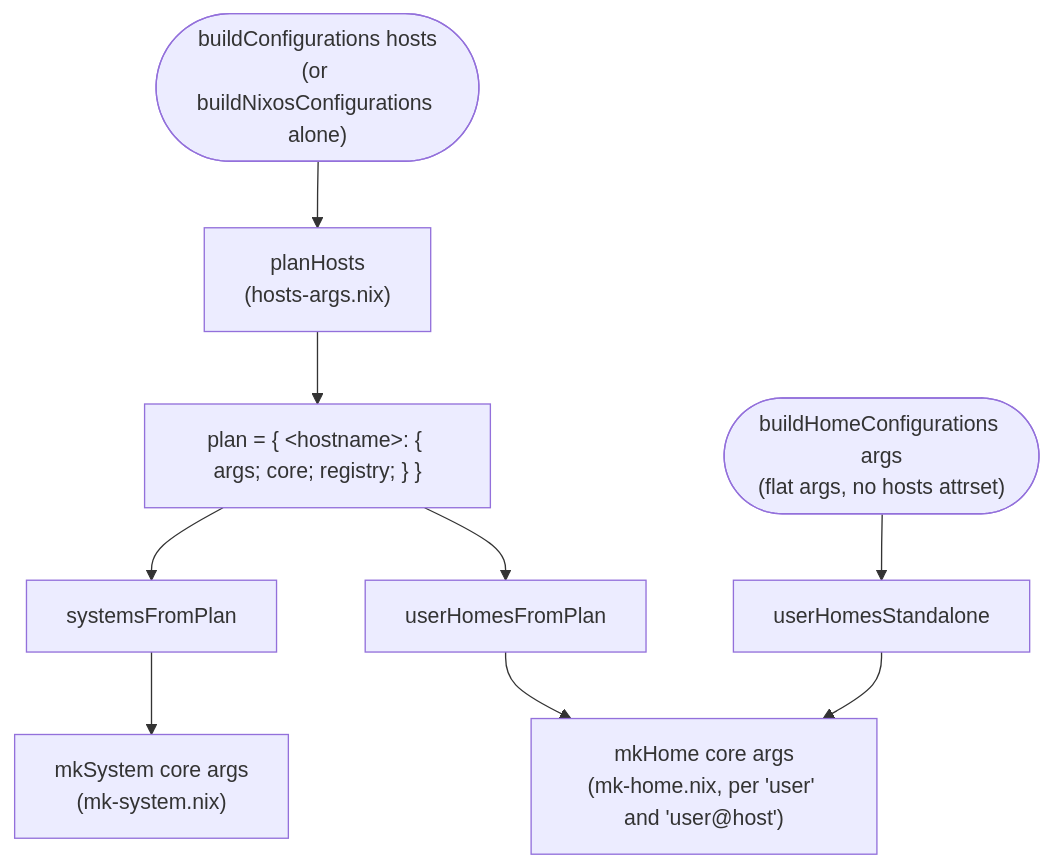
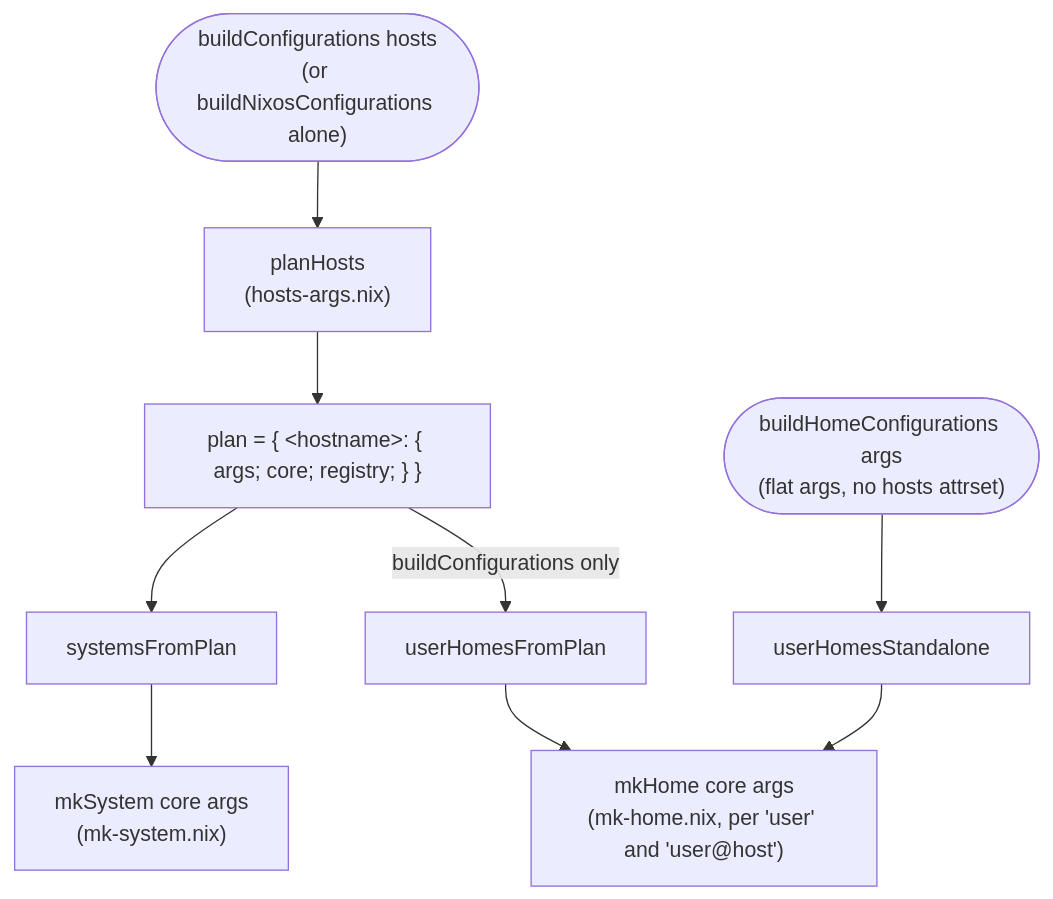
The diagram in docs/architecture.md (dvaerum/nixpkgs-lib-extensions), drawn with Mermaid before and after one commit. The commit also changed other lines of this file and 16 other files, not shown here.

````diff
--- a/docs/architecture.md
+++ b/docs/architecture.md
@@ -65,17 +67,17 @@
 ```mermaid
 flowchart TD
     Call(["buildConfigurations hosts<br/>(or buildNixosConfigurations alone)"])
     Standalone(["buildHomeConfigurations args<br/>(flat args, no hosts attrset)"])
     Stand2["userHomesStandalone"]
     Plan["planHosts<br/>(hosts-args.nix)"]
     PlanData["plan = { &lt;hostname&gt;: { args; core; registry; } }"]
     Systems["systemsFromPlan"]
     Homes["userHomesFromPlan"]
     MkSystem["mkSystem core args<br/>(mk-system.nix)"]
     MkHome["mkHome core args<br/>(mk-home.nix, per 'user' and 'user@host')"]
 
     Call --> Plan --> PlanData
     PlanData --> Systems --> MkSystem
-    PlanData --> Homes --> MkHome
+    PlanData -- "buildConfigurations only" --> Homes --> MkHome
     Standalone --> Stand2 --> MkHome
 ```
````
